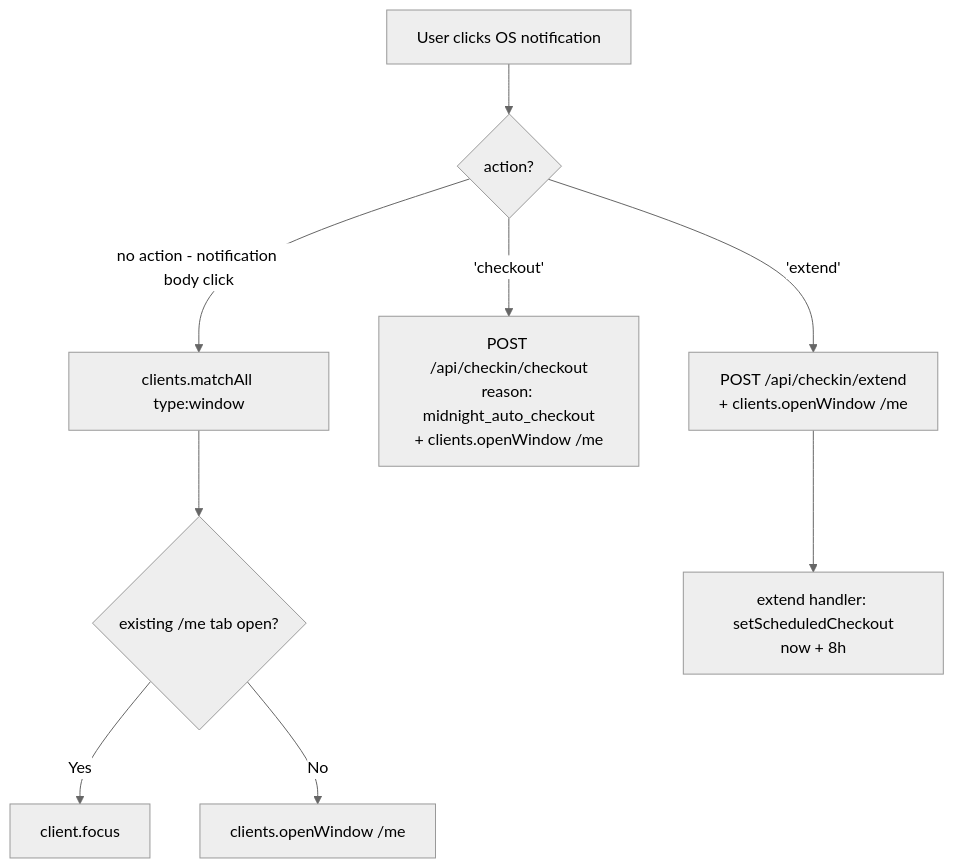
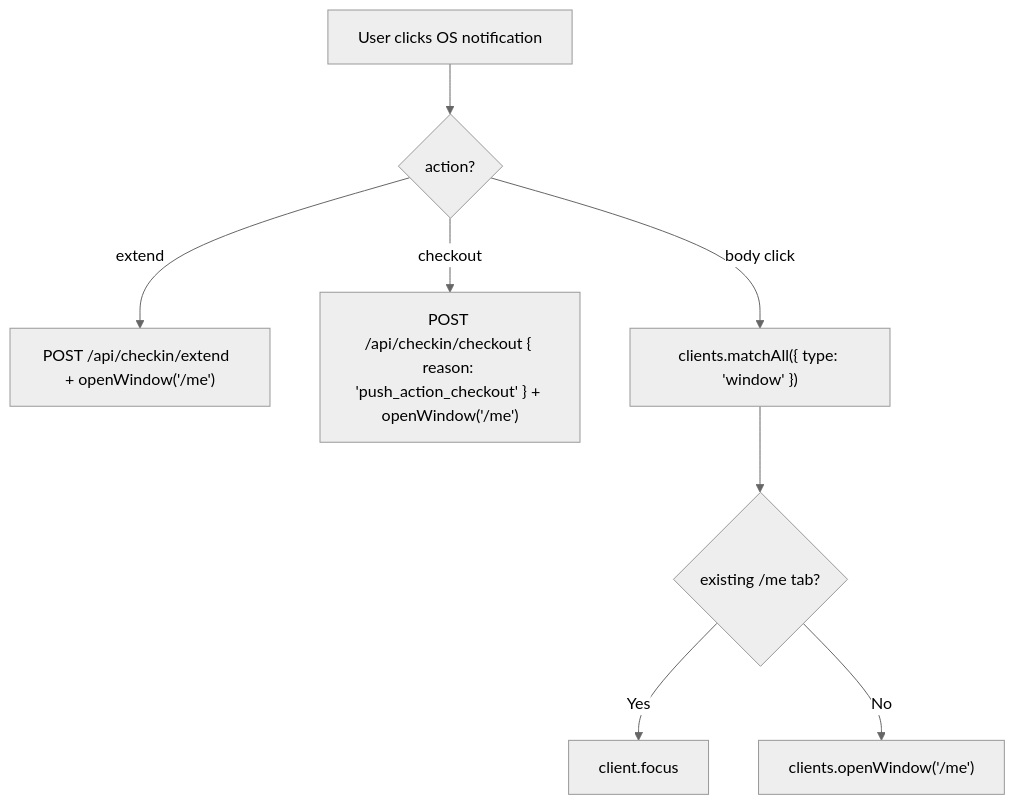
The fifth of 5 diagrams in docs/architecture/notification-flow.md (ksharma20/checkmark), drawn with Mermaid (neutral theme) before and after one commit. The commit also changed other lines of this file and 296 other files, not shown here.

````diff
--- a/docs/architecture/notification-flow.md
+++ b/docs/architecture/notification-flow.md
@@ -154,11 +380,10 @@
 ```mermaid
 flowchart TD
   A[User clicks OS notification] --> B{action?}
-  B -->|'extend'| C[POST /api/checkin/extend\n+ clients.openWindow /me]
-  B -->|'checkout'| D[POST /api/checkin/checkout\nreason: midnight_auto_checkout\n+ clients.openWindow /me]
-  B -->|no action - notification body click| E[clients.matchAll type:window]
-  E --> F{existing /me tab open?}
+  B -->|extend| C["POST /api/checkin/extend  + openWindow('/me')"]
+  B -->|checkout| D["POST /api/checkin/checkout { reason: 'push_action_checkout' } + openWindow('/me')"]
+  B -->|body click| E["clients.matchAll({ type: 'window' })"]
+  E --> F{existing /me tab?}
   F -->|Yes| G[client.focus]
-  F -->|No| H[clients.openWindow /me]
-  C --> I[extend handler: setScheduledCheckout\nnow + 8h]
+  F -->|No| H["clients.openWindow('/me')"]
 ```
````
